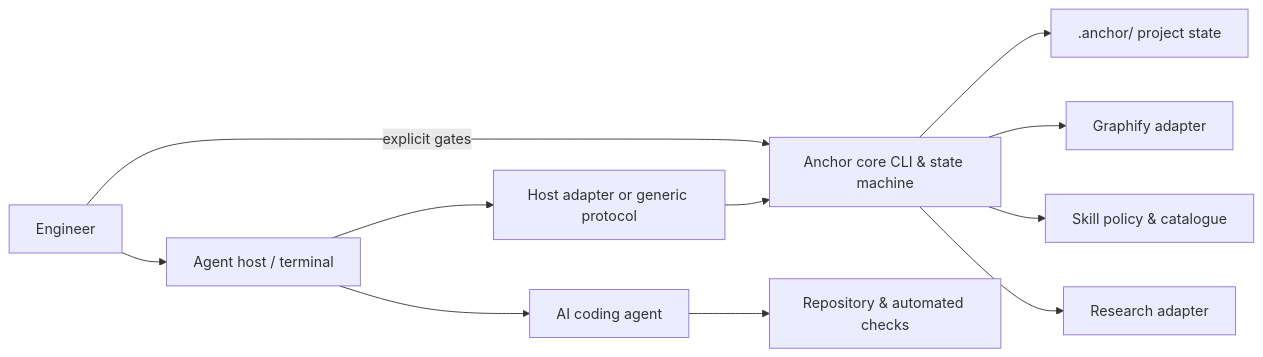
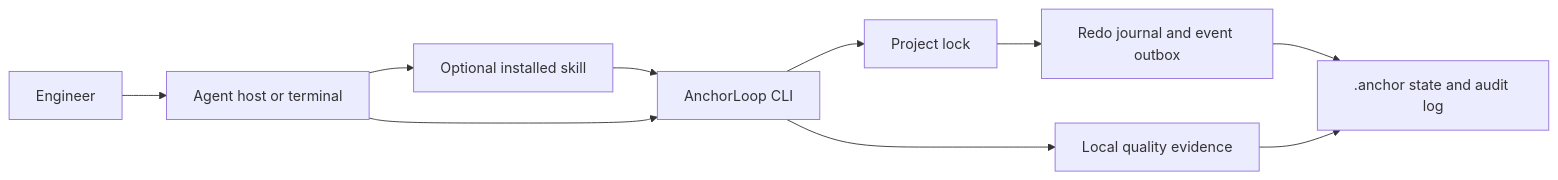
Before and after one commit to ppmarkek/AnchorLoop: the diagram in docs/PROJECT_PLAN.md, drawn with Mermaid. The commit also changed other lines of this file and 37 other files, not shown here.

Commit message:
Refactor checkout flow and tighten order handling

```diff
--- a/docs/PROJECT_PLAN.md
+++ b/docs/PROJECT_PLAN.md
@@ -44,13 +33,12 @@
 ~~~mermaid
 flowchart LR
-  E[Engineer] --> H[Agent host / terminal]
-  H --> D[Host adapter or generic protocol]
-  D --> C[Anchor core CLI & state machine]
-  C --> F[.anchor/ project state]
-  C --> G[Graphify adapter]
-  C --> K[Skill policy & catalogue]
-  C --> R[Research adapter]
-  H --> A[AI coding agent]
-  A --> W[Repository & automated checks]
-  E -->|explicit gates| C
+  E[Engineer] --> H[Agent host or terminal]
+  H --> S[Optional installed skill]
+  S --> C[AnchorLoop CLI]
+  H --> C
+  C --> L[Project lock]
+  L --> T[Redo journal and event outbox]
+  T --> A[.anchor state and audit log]
+  C --> Q[Local quality evidence]
+  Q --> A
 ~~~
```
